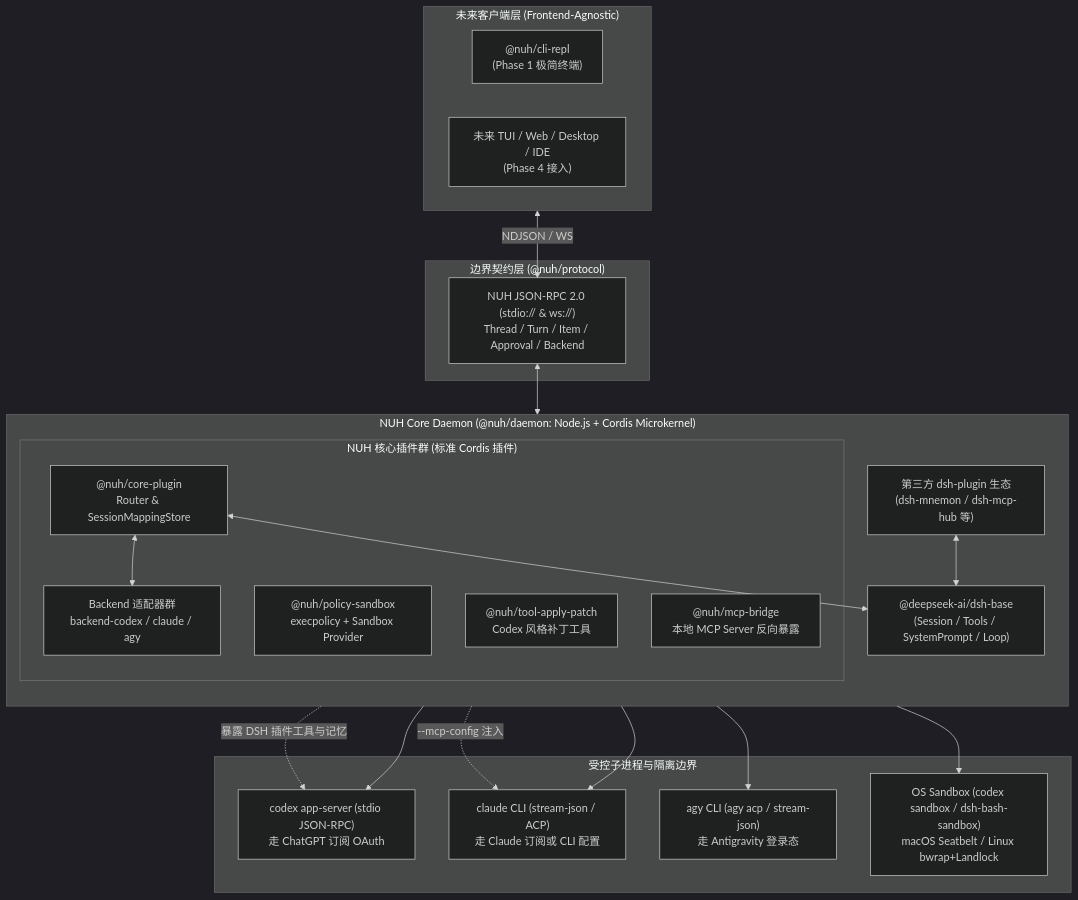
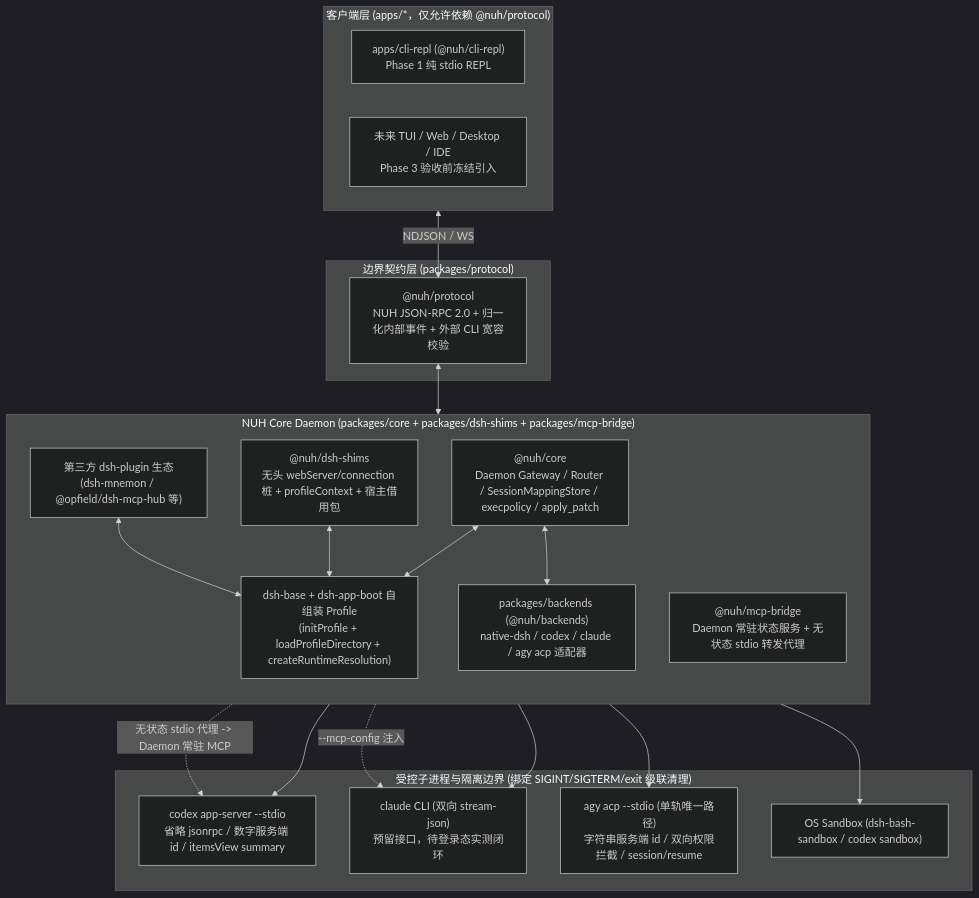
Before and after one commit to 9947447-alt/nuh: the diagram in docs/ARCHITECTURE.md, drawn with Mermaid (dark theme). The commit also changed other lines of this file and 66 other files, not shown here.

Commit message:
feat(phase1): land step 1.1 & 1.2 protocol, core daemon, and cli-repl

````diff
--- a/docs/ARCHITECTURE.md
+++ b/docs/ARCHITECTURE.md
@@ -9,44 +9,41 @@
 ```mermaid
 flowchart TB
-    subgraph Clients["未来客户端层 (Frontend-Agnostic)"]
-        REPL["@nuh/cli-repl<br/>(Phase 1 极简终端)"]
-        FutureUI["未来 TUI / Web / Desktop / IDE<br/>(Phase 4 接入)"]
+    subgraph Clients["客户端层 (apps/*，仅允许依赖 @nuh/protocol)"]
+        REPL["apps/cli-repl (@nuh/cli-repl)<br/>Phase 1 纯 stdio REPL"]
+        FutureUI["未来 TUI / Web / Desktop / IDE<br/>Phase 3 验收前冻结引入"]
     end
 
-    subgraph Protocol["边界契约层 (@nuh/protocol)"]
-        RPC["NUH JSON-RPC 2.0 (stdio:// & ws://)<br/>Thread / Turn / Item / Approval / Backend"]
+    subgraph Protocol["边界契约层 (packages/protocol)"]
+        RPC["@nuh/protocol<br/>NUH JSON-RPC 2.0 + 归一化内部事件 + 外部 CLI 宽容校验"]
     end
 
-    subgraph Host["NUH Core Daemon (@nuh/daemon: Node.js + Cordis Microkernel)"]
+    subgraph Host["NUH Core Daemon (packages/core + packages/dsh-shims + packages/mcp-bridge)"]
         direction TB
-        DSHBase["@deepseek-ai/dsh-base<br/>(Session / Tools / SystemPrompt / Loop)"]
-        DSHPlugins["第三方 dsh-plugin 生态<br/>(dsh-mnemon / dsh-mcp-hub 等)"]
-        
-        subgraph NUHPlugins["NUH 核心插件群 (标准 Cordis 插件)"]
-            Router["@nuh/core-plugin<br/>Router & SessionMappingStore"]
-            Policy["@nuh/policy-sandbox<br/>execpolicy + Sandbox Provider"]
-            Patch["@nuh/tool-apply-patch<br/>Codex 风格补丁工具"]
-            MCPBridge["@nuh/mcp-bridge<br/>本地 MCP Server 反向暴露"]
-            Backends["Backend 适配器群<br/>backend-codex / claude / agy"]
-        end
+        Boot["dsh-base + dsh-app-boot 自组装 Profile<br/>(initProfile + loadProfileDirectory + createRuntimeResolution)"]
+        Shims["@nuh/dsh-shims<br/>无头 webServer/connection 桩 + profileContext + 宿主借用包"]
+        DSHPlugins["第三方 dsh-plugin 生态<br/>(dsh-mnemon / @opfield/dsh-mcp-hub 等)"]
+        CorePlugins["@nuh/core<br/>Daemon Gateway / Router / SessionMappingStore / execpolicy / apply_patch"]
+        MCPBridge["@nuh/mcp-bridge<br/>Daemon 常驻状态服务 + 无状态 stdio 转发代理"]
+        Backends["packages/backends (@nuh/backends)<br/>native-dsh / codex / claude / agy acp 适配器"]
     end
 
-    subgraph Subprocesses["受控子进程与隔离边界"]
-        CodexProc["codex app-server (stdio JSON-RPC)<br/>走 ChatGPT 订阅 OAuth"]
-        ClaudeProc["claude CLI (stream-json / ACP)<br/>走 Claude 订阅或 CLI 配置"]
-        AgyProc["agy CLI (agy acp / stream-json)<br/>走 Antigravity 登录态"]
-        SandboxProc["OS Sandbox (codex sandbox / dsh-bash-sandbox)<br/>macOS Seatbelt / Linux bwrap+Landlock"]
+    subgraph Subprocesses["受控子进程与隔离边界 (绑定 SIGINT/SIGTERM/exit 级联清理)"]
+        CodexProc["codex app-server --stdio<br/>省略 jsonrpc / 数字服务端 id / itemsView summary"]
+        ClaudeProc["claude CLI (双向 stream-json)<br/>预留接口，待登录态实测闭环"]
+        AgyProc["agy acp --stdio (单轨唯一路径)<br/>字符串服务端 id / 双向权限拦截 / session/resume"]
+        SandboxProc["OS Sandbox (dsh-bash-sandbox / codex sandbox)"]
     end
 
     Clients <-->|"NDJSON / WS"| RPC
-    RPC <--> Host
-    Router <--> DSHBase
-    Router <--> Backends
-    DSHPlugins <--> DSHBase
-    MCPBridge -.->|"暴露 DSH 插件工具与记忆"| CodexProc
+    RPC <--> CorePlugins
+    CorePlugins <--> Boot
+    Shims <--> Boot
+    DSHPlugins <--> Boot
+    CorePlugins <--> Backends
+    MCPBridge -.->|"无状态 stdio 代理 -> Daemon 常驻 MCP"| CodexProc
     MCPBridge -.->|"--mcp-config 注入"| ClaudeProc
     Backends --> CodexProc
     Backends --> ClaudeProc
     Backends --> AgyProc
-    Policy --> SandboxProc
+    CorePlugins --> SandboxProc
 ```
````
